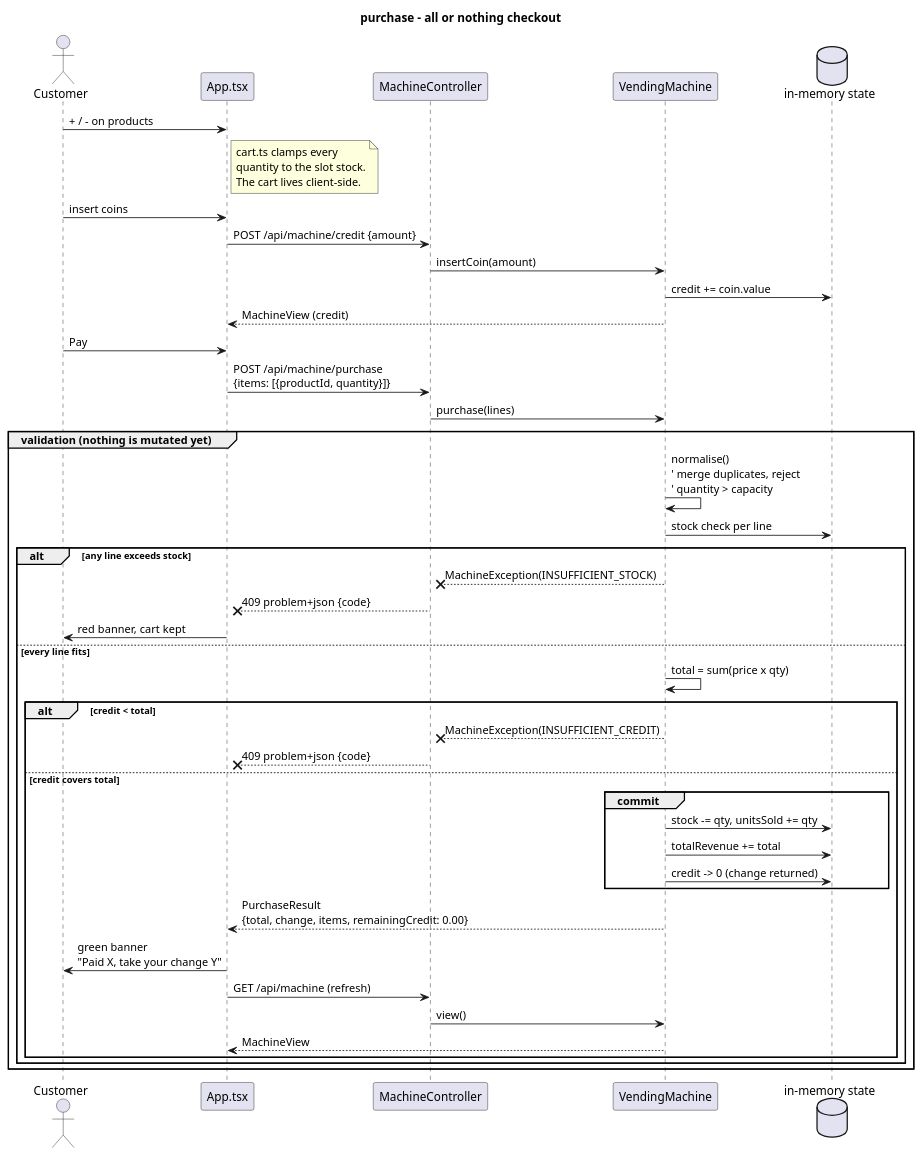
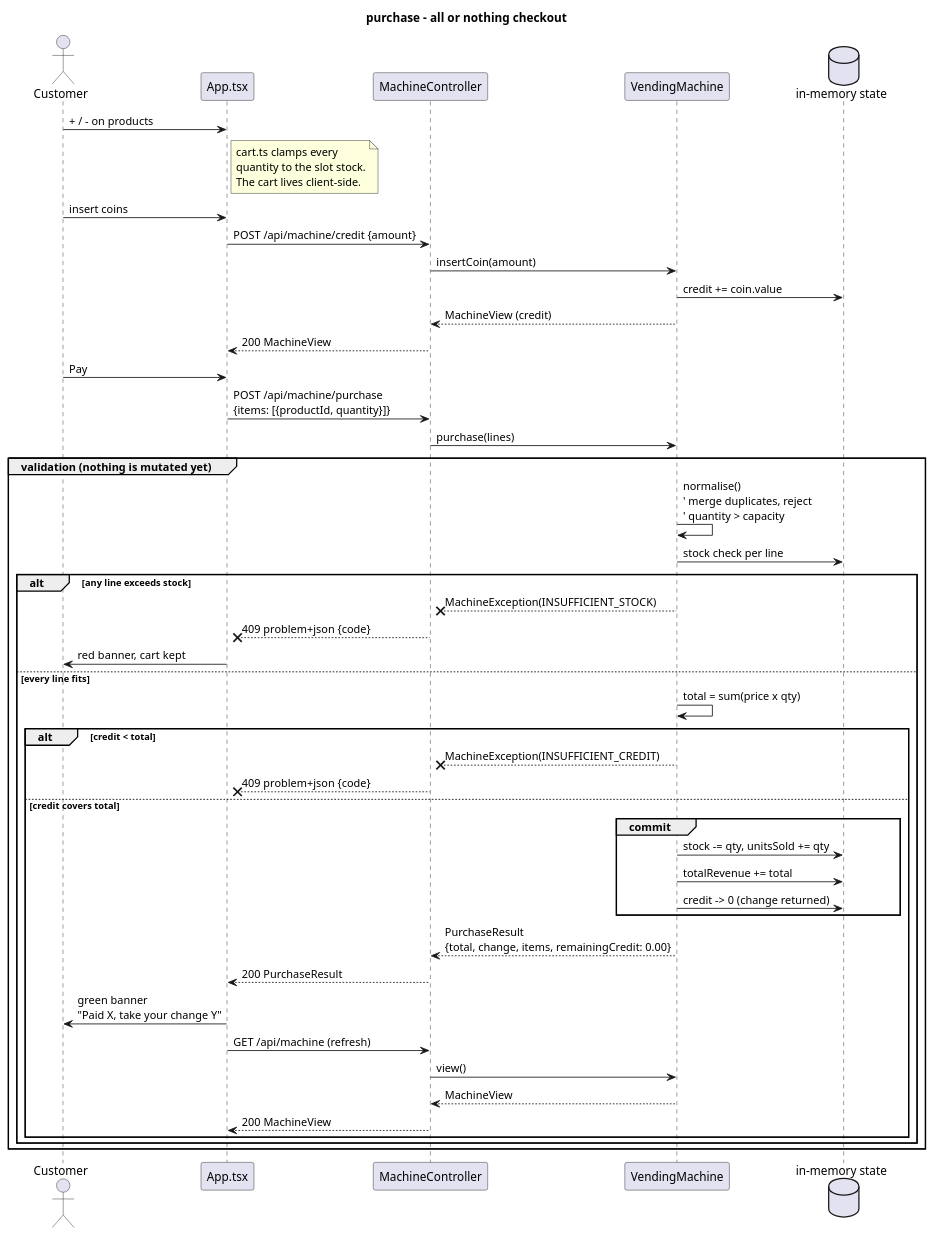
The diagram in docs/sequence-purchase.puml (mstaszew-dev/vending-machine), drawn with PlantUML before and after one commit. The commit also changed 8 other files, not shown here.

```diff
--- a/docs/sequence-purchase.puml
+++ b/docs/sequence-purchase.puml
@@ -1,49 +1,52 @@
 @startuml sequence-purchase
 title purchase - all or nothing checkout
 
 actor Customer
 participant "App.tsx" as ui
 participant "MachineController" as ctrl
 participant "VendingMachine" as vm
 database "in-memory state" as state
 
 Customer -> ui : + / - on products
 note right of ui : cart.ts clamps every\nquantity to the slot stock.\nThe cart lives client-side.
 Customer -> ui : insert coins
 ui -> ctrl : POST /api/machine/credit {amount}
 ctrl -> vm : insertCoin(amount)
 vm -> state : credit += coin.value
-vm --> ui : MachineView (credit)
+vm --> ctrl : MachineView (credit)
+ctrl --> ui : 200 MachineView
 
 Customer -> ui : Pay
 ui -> ctrl : POST /api/machine/purchase\n{items: [{productId, quantity}]}
 
 ctrl -> vm : purchase(lines)
 
 group validation (nothing is mutated yet)
   vm -> vm : normalise()\n' merge duplicates, reject\n' quantity > capacity
   vm -> state : stock check per line
   alt any line exceeds stock
     vm --x ctrl : MachineException(INSUFFICIENT_STOCK)
     ctrl --x ui : 409 problem+json {code}
     ui -> Customer : red banner, cart kept
   else every line fits
     vm -> vm : total = sum(price x qty)
     alt credit < total
       vm --x ctrl : MachineException(INSUFFICIENT_CREDIT)
       ctrl --x ui : 409 problem+json {code}
     else credit covers total
       group commit
         vm -> state : stock -= qty, unitsSold += qty
         vm -> state : totalRevenue += total
         vm -> state : credit -> 0 (change returned)
       end
-      vm --> ui : PurchaseResult\n{total, change, items, remainingCredit: 0.00}
+      vm --> ctrl : PurchaseResult\n{total, change, items, remainingCredit: 0.00}
+      ctrl --> ui : 200 PurchaseResult
       ui -> Customer : green banner\n"Paid X, take your change Y"
       ui -> ctrl : GET /api/machine (refresh)
       ctrl -> vm : view()
-      vm --> ui : MachineView
+      vm --> ctrl : MachineView
+      ctrl --> ui : 200 MachineView
     end
   end
 end
 @enduml
```
